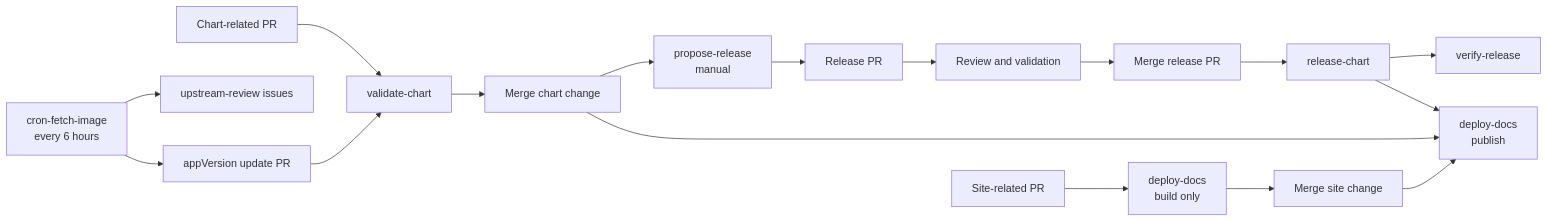
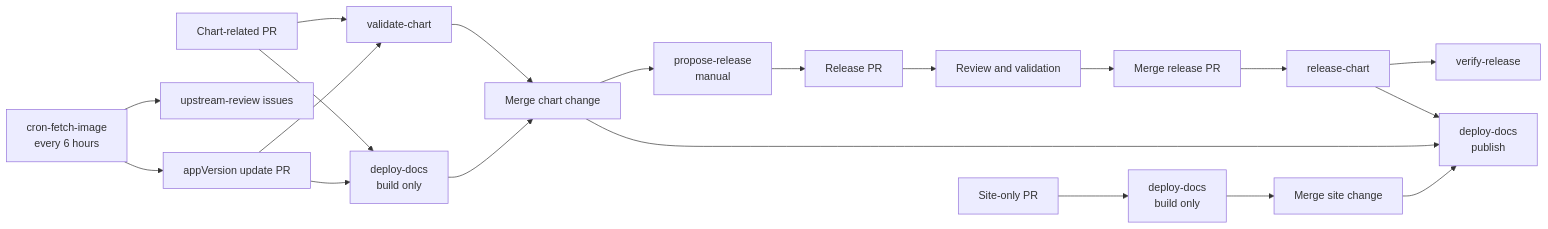
One commit to jyje/hermes-agent-helm changed the diagram in docs/contributing/ci.md. Above: the diagram before and after it, drawn with Mermaid. The commit also changed other lines of this file and 1 other file, not shown here.

````diff
--- a/docs/contributing/ci.md
+++ b/docs/contributing/ci.md
@@ -22,19 +22,22 @@
 ```mermaid
 flowchart LR
     C["cron-fetch-image<br/>every 6 hours"] --> U["appVersion update PR"]
     C --> I["upstream-review issues"]
     P["Chart-related PR"] --> V["validate-chart"]
-    S["Site-related PR"] --> B["deploy-docs<br/>build only"]
+    P --> B["deploy-docs<br/>build only"]
+    S["Site-only PR"] --> SB["deploy-docs<br/>build only"]
     U --> V
+    U --> B
     V --> M["Merge chart change"]
-    B --> SM["Merge site change"]
+    B --> M
+    SB --> SM["Merge site change"]
     M --> R["propose-release<br/>manual"]
     R --> RP["Release PR"]
     RP --> RV["Review and validation"]
     RV --> RM["Merge release PR"]
     RM --> RC["release-chart"]
     RC --> VR["verify-release"]
     RC --> D["deploy-docs<br/>publish"]
     M --> D
     SM --> D
 ```
````
